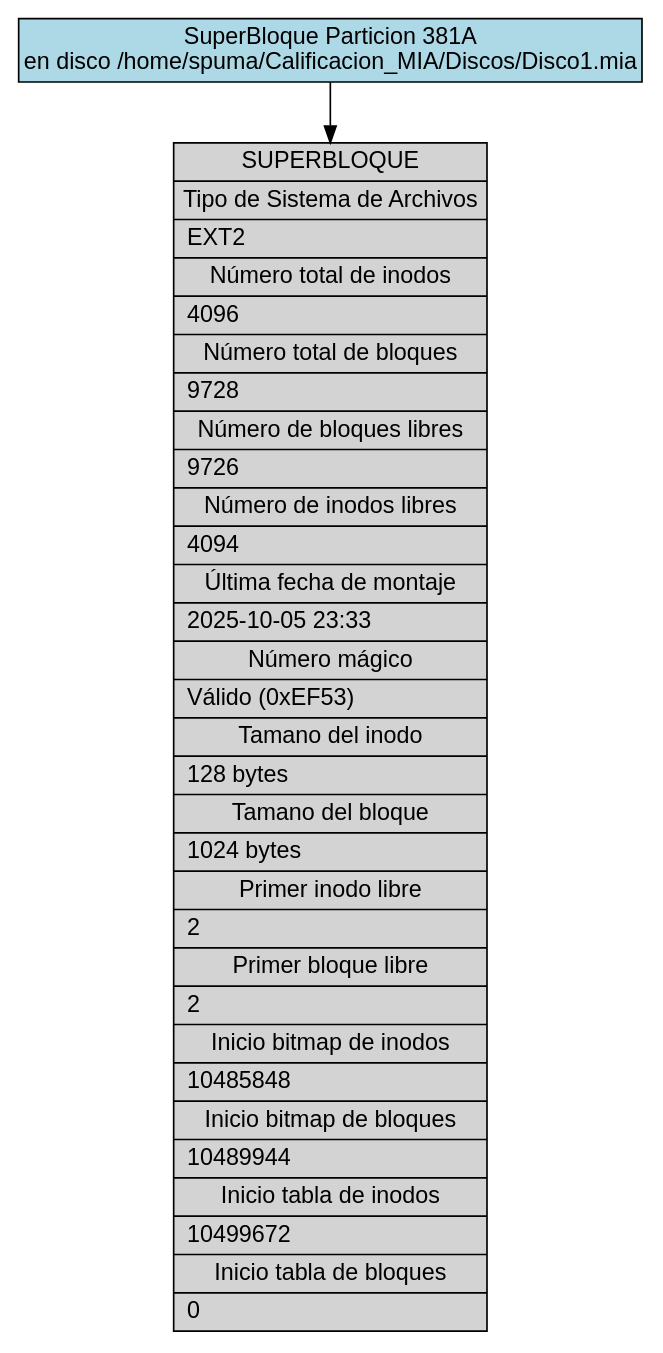
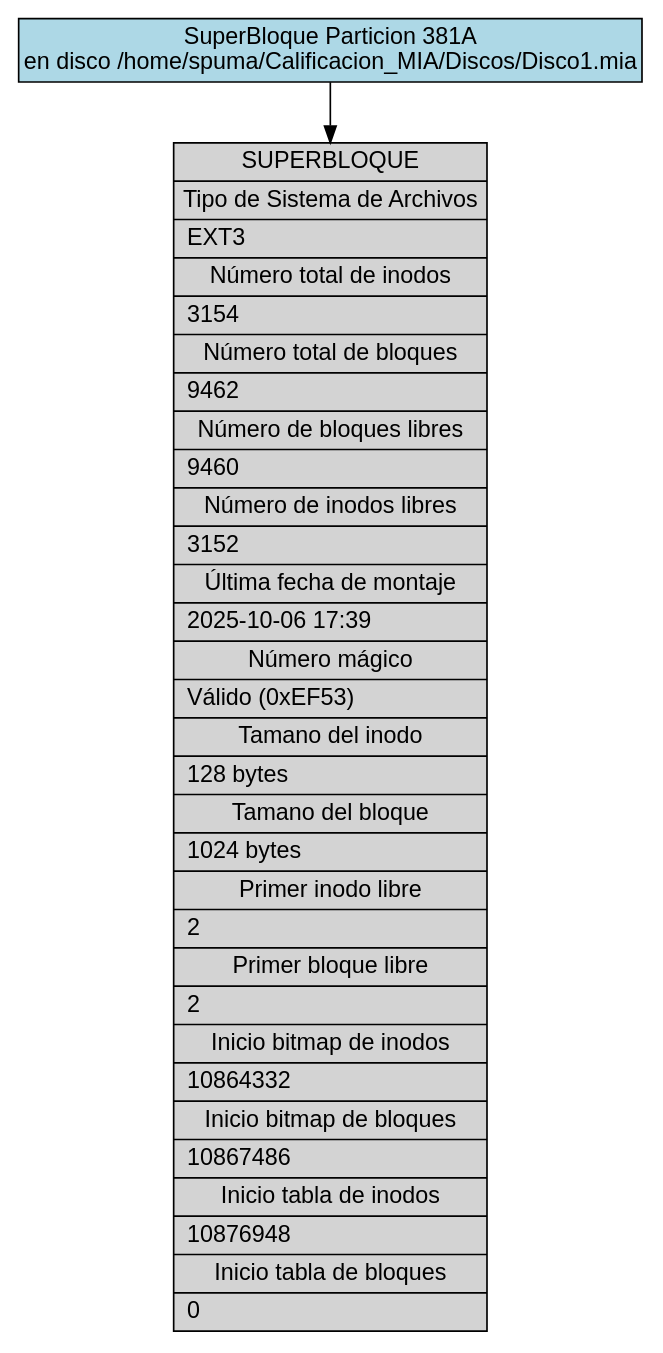
One commit to DiegVas/MIA_2S2025_P2_202300638 changed the diagram in backend/provider/reports/src/sb_381A.dot. Above: the diagram before and after it, drawn with Graphviz. The commit also changed 24 other files, not shown here.

```diff
--- a/backend/provider/reports/src/sb_381A.dot
+++ b/backend/provider/reports/src/sb_381A.dot
@@ -1,13 +1,13 @@
 digraph Superblock_Report {
     rankdir=TB;
     node [shape=record, fontname="Arial"];
     edge [fontname="Arial"];
     graph [fontname="Arial"];
 
     title [label="SuperBloque Particion 381A\nen disco /home/spuma/Calificacion_MIA/Discos/Disco1.mia", shape=box, style=filled, fillcolor=lightblue];
 
-    superblock [label="{SUPERBLOQUE|Tipo de Sistema de Archivos|EXT2\l|Número total de inodos|4096\l|Número total de bloques|9728\l|Número de bloques libres|9726\l|Número de inodos libres|4094\l|Última fecha de montaje|2025-10-05 23:33\l|Número mágico|Válido (0xEF53)\l|Tamano del inodo|128 bytes\l|Tamano del bloque|1024 bytes\l|Primer inodo libre|2\l|Primer bloque libre|2\l|Inicio bitmap de inodos|10485848\l|Inicio bitmap de bloques|10489944\l|Inicio tabla de inodos|10499672\l|Inicio tabla de bloques|0\l}", style=filled, fillcolor=lightgray];
+    superblock [label="{SUPERBLOQUE|Tipo de Sistema de Archivos|EXT3\l|Número total de inodos|3154\l|Número total de bloques|9462\l|Número de bloques libres|9460\l|Número de inodos libres|3152\l|Última fecha de montaje|2025-10-06 17:39\l|Número mágico|Válido (0xEF53)\l|Tamano del inodo|128 bytes\l|Tamano del bloque|1024 bytes\l|Primer inodo libre|2\l|Primer bloque libre|2\l|Inicio bitmap de inodos|10864332\l|Inicio bitmap de bloques|10867486\l|Inicio tabla de inodos|10876948\l|Inicio tabla de bloques|0\l}", style=filled, fillcolor=lightgray];
 
     title -> superblock;
 
 }
```
